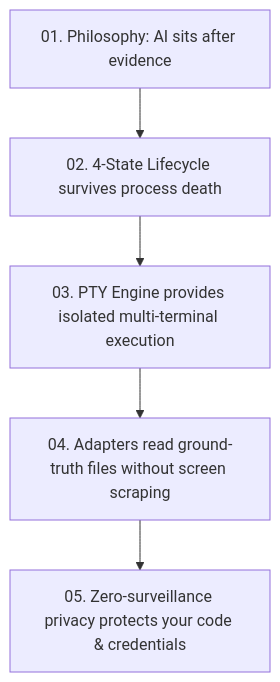
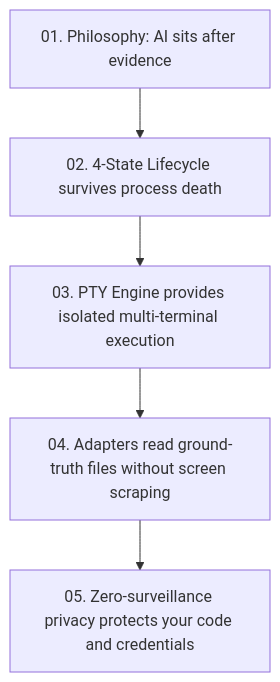
Before and after one commit to ShaileshRawat1403/verb: the diagram in docs/learn/05_privacy_continuity_and_context.md, drawn with Mermaid. The commit also changed other lines of this file and 6 other files, not shown here.

Commit message:
docs(learn): refine educational guide series without emojis/em-dashes, adding open-source references and visual architecture diagrams

````diff
--- a/docs/learn/05_privacy_continuity_and_context.md
+++ b/docs/learn/05_privacy_continuity_and_context.md
@@ -106,7 +105,7 @@
 ```mermaid
 graph TD
     A["01. Philosophy: AI sits after evidence"] --> B["02. 4-State Lifecycle survives process death"]
     B --> C["03. PTY Engine provides isolated multi-terminal execution"]
     C --> D["04. Adapters read ground-truth files without screen scraping"]
-    D --> E["05. Zero-surveillance privacy protects your code & credentials"]
+    D --> E["05. Zero-surveillance privacy protects your code and credentials"]
 ```
````
